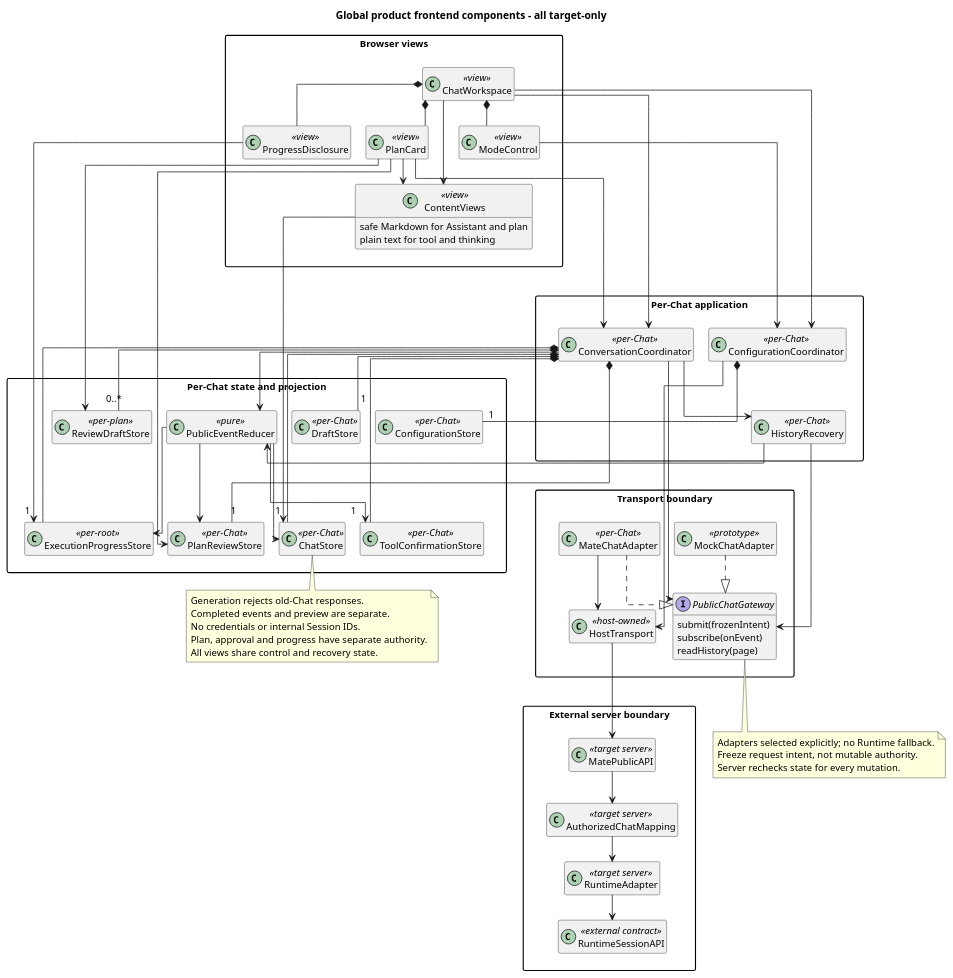
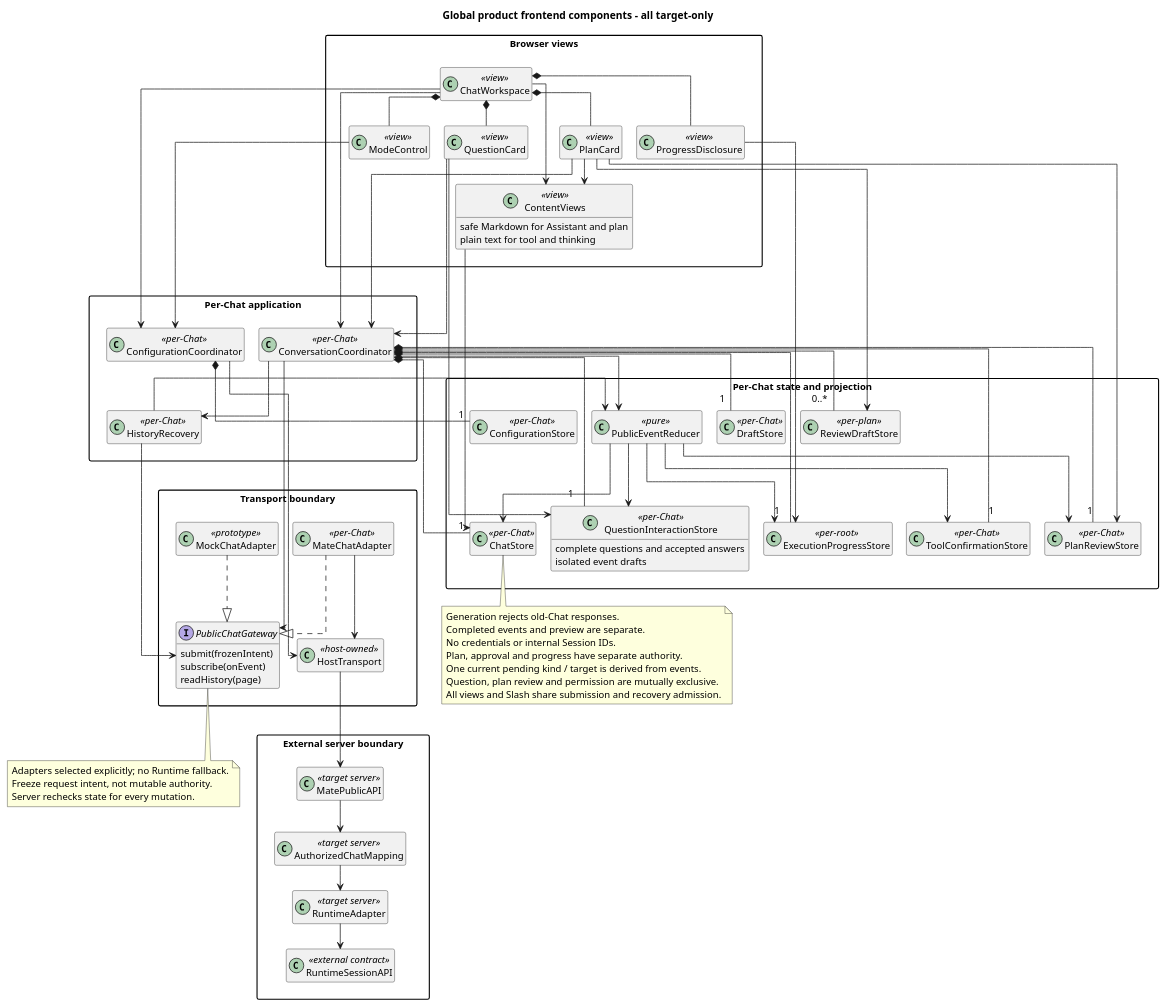
The fifth of 8 diagrams in 01-总体架构/04-CampusClaw前端体验/diagram.puml (ssm0808/pi-mono-java-design), drawn with PlantUML before and after one commit. The commit also changed other lines of this file and 21 other files, not shown here.

Commit message:
docs(frontend): 更新计划问答与 Slash 交互设计

```diff
--- a/01-总体架构/04-CampusClaw前端体验/diagram.puml
+++ b/01-总体架构/04-CampusClaw前端体验/diagram.puml
@@ -205,119 +205,133 @@
 @startuml target_frontend_components
 top to bottom direction
 skinparam backgroundColor white
 skinparam shadowing false
 skinparam defaultFontName SansSerif
 skinparam defaultFontSize 13
 skinparam classAttributeIconSize 0
 skinparam packageStyle rectangle
 skinparam nodesep 20
 skinparam ranksep 35
 skinparam linetype ortho
 hide empty members
-' Source baseline: pi-mono-java 29ebec6a8cad99896414211cda28c6fffec71bee. Thinking-only evidence: 4cc8dd86 frontend/src/components/ThinkingDisclosure.vue template; target displays original model reasoning.
+' Source baseline: pi-mono-java 699f929f6826b595ed1d0162f6def66e2f84760b. Thinking-only evidence: 4cc8dd86 frontend/src/components/ThinkingDisclosure.vue template; target displays original model reasoning.
 ' Source evidence: frontend/src/App.vue submit; frontend/src/composables/useRuntimeApi.ts loadHistory, requestRaw.
 ' Source evidence: frontend/src/projectors/runtimeEventProjector.ts projectRuntimeEvents; frontend/src/types/product.ts.
 ' Source evidence: frontend/src/runtime/eventStore.ts executionState, reconcileEvents; types/runtime.ts RuntimeEvent.
-' Observed behavior: no plan review or TODO view in this source; existing event merge and control locks are reusable.
+' Observed behavior: PlanCard, ProgressDisclosure, mode and Slash exist in this development commit.
+' Source: frontend/src/components/PlanCard.vue; ProgressDisclosure.vue; composables/useCommandComposer.ts.
+' Target question extension: complete question events, exact answers and a shared pending-interaction gate.
 ' Codex d58d0e58: codex-rs/tui/src/chatwidget/plan_implementation.rs selection_view_params.
 ' Java divergence: exact proposal approval resumes the original execution, not a new user message.
 ' Target-only architecture: every class and relationship below is a product integration target.
 ' Design reason: isolate protocol and host identity, use per-Chat state, and make recovery read-only.
 title Global product frontend components - all target-only
 package "Browser views" as Views {
   class ChatWorkspace <<view>>
   class PlanCard <<view>>
+  class QuestionCard <<view>>
   class ModeControl <<view>>
   class ProgressDisclosure <<view>>
   class ContentViews <<view>> {
     safe Markdown for Assistant and plan
     plain text for tool and thinking
   }
 }
 package "Per-Chat application" as Application {
   class ConversationCoordinator <<per-Chat>>
   class HistoryRecovery <<per-Chat>>
   class ConfigurationCoordinator <<per-Chat>>
 }
 package "Per-Chat state and projection" as State {
   class ChatStore <<per-Chat>>
   class DraftStore <<per-Chat>>
   class ToolConfirmationStore <<per-Chat>>
   class ConfigurationStore <<per-Chat>>
   class PlanReviewStore <<per-Chat>>
+  class QuestionInteractionStore <<per-Chat>> {
+    complete questions and accepted answers
+    isolated event drafts
+  }
   class ReviewDraftStore <<per-plan>>
   class ExecutionProgressStore <<per-root>>
   class PublicEventReducer <<pure>>
 }
 package "Transport boundary" as Transport {
   interface PublicChatGateway {
     submit(frozenIntent)
     subscribe(onEvent)
     readHistory(page)
   }
   class MateChatAdapter <<per-Chat>>
   class MockChatAdapter <<prototype>>
   class HostTransport <<host-owned>>
 }
 package "External server boundary" as External {
   class MatePublicAPI <<target server>>
   class AuthorizedChatMapping <<target server>>
   class RuntimeAdapter <<target server>>
   class RuntimeSessionAPI <<external contract>>
 }
 ChatWorkspace -down-> ConversationCoordinator
 ChatWorkspace -down-> ConfigurationCoordinator
 ChatWorkspace --> ContentViews
 ChatWorkspace *-down- PlanCard
+ChatWorkspace *-down- QuestionCard
+QuestionCard -down-> ConversationCoordinator
+QuestionCard --> QuestionInteractionStore
 ChatWorkspace *-down- ModeControl
 ChatWorkspace *-down- ProgressDisclosure
 PlanCard --> ContentViews
 PlanCard -down-> ConversationCoordinator
 PlanCard --> PlanReviewStore
 PlanCard --> ReviewDraftStore
 ModeControl -down-> ConfigurationCoordinator
 ProgressDisclosure --> ExecutionProgressStore
 ConversationCoordinator *-down- "1" DraftStore
 ConversationCoordinator *-down- "1" ToolConfirmationStore
 ConversationCoordinator *-down- "1" ChatStore
 ConversationCoordinator *-down- "1" PlanReviewStore
+ConversationCoordinator *-down- "1" QuestionInteractionStore
 ConversationCoordinator *-down- "1" ExecutionProgressStore
 ConversationCoordinator *-down- "0..*" ReviewDraftStore
 ConversationCoordinator --> PublicChatGateway
 ConversationCoordinator -down-> HistoryRecovery
 HistoryRecovery --> PublicChatGateway
 HistoryRecovery --> PublicEventReducer
 ConversationCoordinator -down-> PublicEventReducer
 PublicEventReducer -down-> ChatStore
 PublicEventReducer -down-> ToolConfirmationStore
 PublicEventReducer -down-> PlanReviewStore
+PublicEventReducer -down-> QuestionInteractionStore
 PublicEventReducer -down-> ExecutionProgressStore
 ContentViews --> ChatStore
 ConfigurationCoordinator *-down- "1" ConfigurationStore
 ConfigurationCoordinator --> HostTransport
 MateChatAdapter ..|> PublicChatGateway
 MockChatAdapter ..|> PublicChatGateway
 MateChatAdapter --> HostTransport
 HostTransport --> MatePublicAPI
 MatePublicAPI --> AuthorizedChatMapping
 AuthorizedChatMapping --> RuntimeAdapter
 RuntimeAdapter --> RuntimeSessionAPI
 note bottom of PublicChatGateway
 Adapters selected explicitly; no Runtime fallback.
 Freeze request intent, not mutable authority.
 Server rechecks state for every mutation.
 end note
 note bottom of ChatStore
 Generation rejects old-Chat responses.
 Completed events and preview are separate.
 No credentials or internal Session IDs.
 Plan, approval and progress have separate authority.
-All views share control and recovery state.
+One current pending kind / target is derived from events.
+Question, plan review and permission are mutually exclusive.
+All views and Slash share submission and recovery admission.
 end note
 ContentViews -[hidden]down-> ConversationCoordinator
 ContentViews -[hidden]down-> ConfigurationCoordinator
 Views -[hidden]down-> Application
 Application -[hidden]down-> State
 State -[hidden]down-> Transport
 Transport -[hidden]down-> External
 @enduml
```
